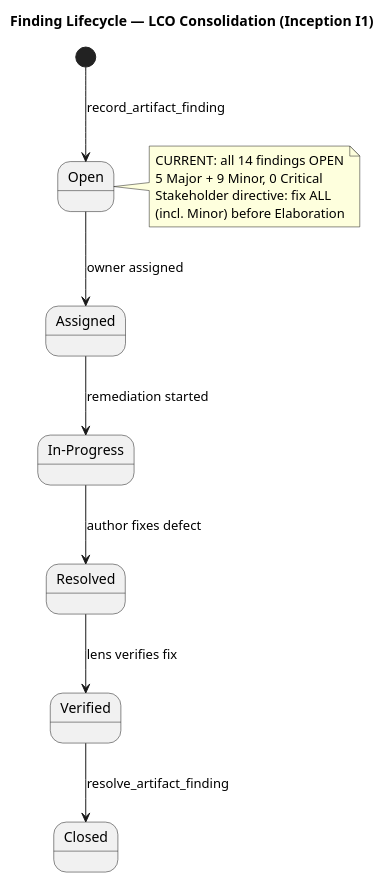
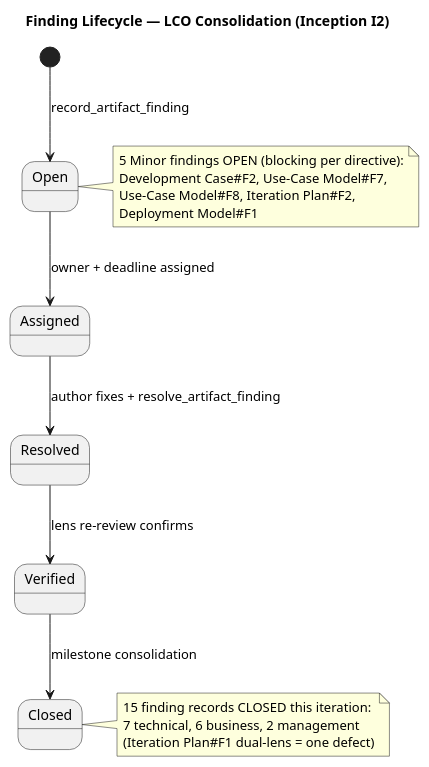
The first of 3 diagrams in docs/artifacts/project-management/review-record.md (banense-test/trademe), drawn with PlantUML before and after one commit. The commit also changed other lines of this file, not shown here.

First line of the commit message:
Review Coordinator [I2]: upsert Review Record

````diff
--- a/docs/artifacts/project-management/review-record.md
+++ b/docs/artifacts/project-management/review-record.md
@@ -34,26 +36,30 @@
 ```plantuml
 @startuml
-title Finding Lifecycle — LCO Consolidation (Inception I1)
+title Finding Lifecycle — LCO Consolidation (Inception I2)
 
 state "Open" as Open
 state "Assigned" as Assigned
-state "In-Progress" as InProgress
 state "Resolved" as Resolved
 state "Verified" as Verified
 state "Closed" as Closed
 
 [*] --> Open : record_artifact_finding
-Open --> Assigned : owner assigned
-Assigned --> InProgress : remediation started
-InProgress --> Resolved : author fixes defect
-Resolved --> Verified : lens verifies fix
-Verified --> Closed : resolve_artifact_finding
+Open --> Assigned : owner + deadline assigned
+Assigned --> Resolved : author fixes + resolve_artifact_finding
+Resolved --> Verified : lens re-review confirms
+Verified --> Closed : milestone consolidation
 
 note right of Open
-  CURRENT: all 14 findings OPEN
-  5 Major + 9 Minor, 0 Critical
-  Stakeholder directive: fix ALL
-  (incl. Minor) before Elaboration
+  5 Minor findings OPEN (blocking per directive):
+  Development Case#F2, Use-Case Model#F7,
+  Use-Case Model#F8, Iteration Plan#F2,
+  Deployment Model#F1
+end note
+
+note right of Closed
+  15 finding records CLOSED this iteration:
+  7 technical, 6 business, 2 management
+  (Iteration Plan#F1 dual-lens = one defect)
 end note
 @enduml
 ```
````
